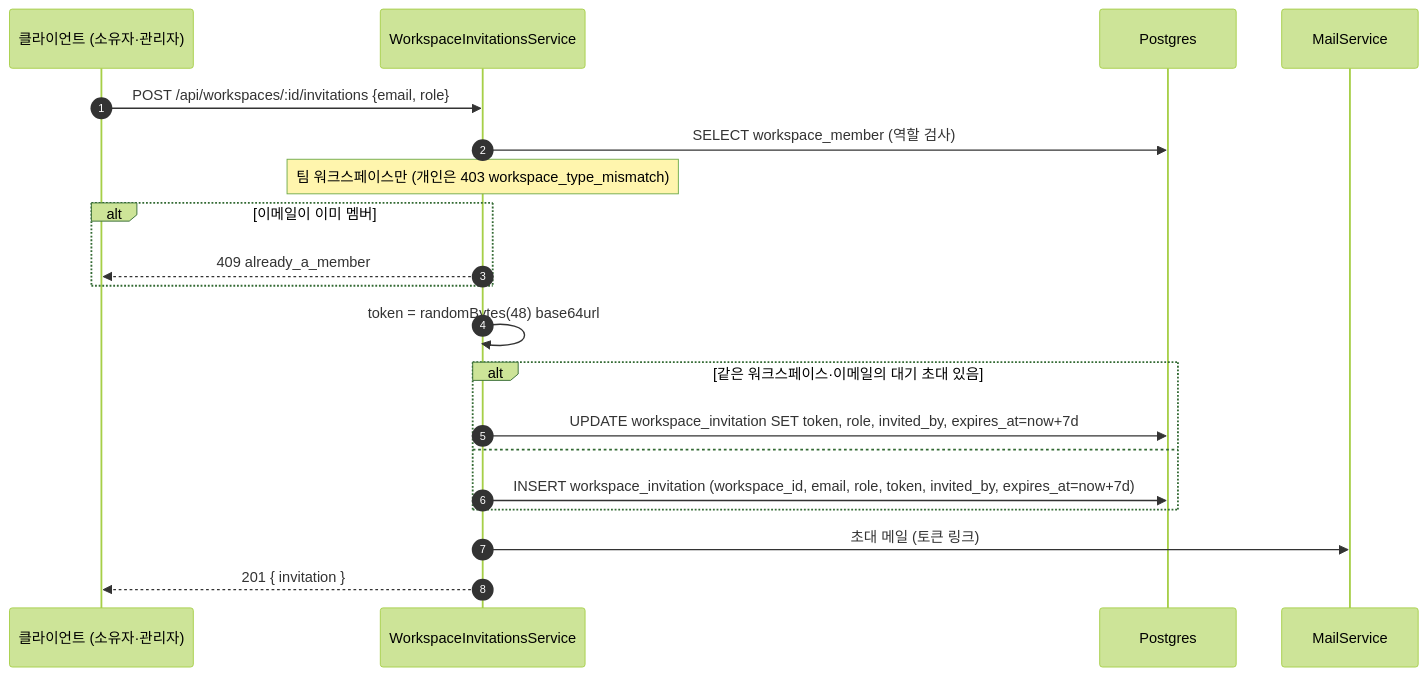
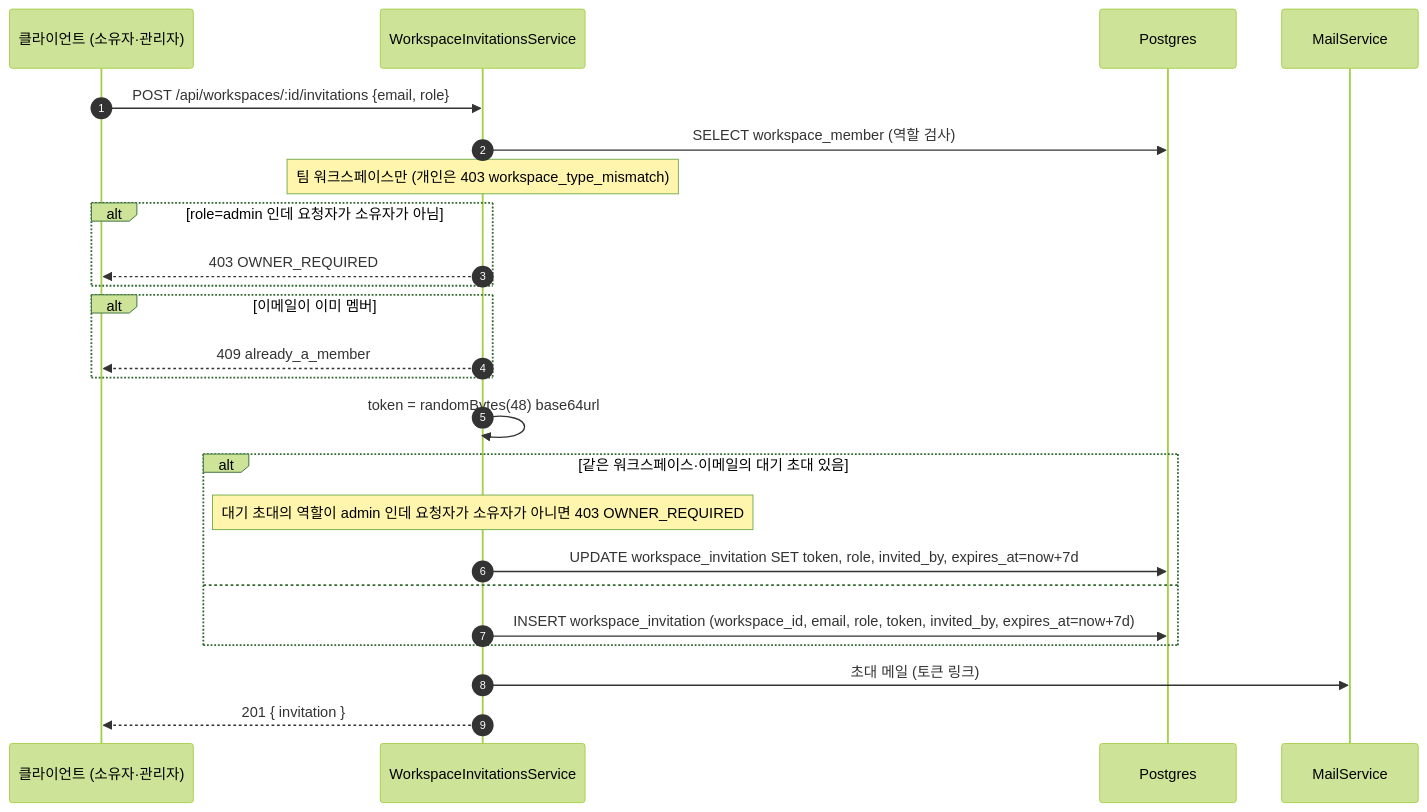
Before and after one commit to worker-ants/clemvion: the eighth of 13 diagrams in spec/CLE-ACCT/CLE-ACCT-DATA.md, drawn with Mermaid (forest theme). The commit also changed other lines of this file and 64 other files, not shown here.

````diff
--- a/spec/CLE-ACCT/CLE-ACCT-DATA.md
+++ b/spec/CLE-ACCT/CLE-ACCT-DATA.md
@@ -408,22 +412,26 @@
 ```mermaid
 sequenceDiagram
   autonumber
   participant C as 클라이언트 (소유자·관리자)
   participant Svc as WorkspaceInvitationsService
   participant PG as Postgres
   participant Mail as MailService
   C->>Svc: POST /api/workspaces/:id/invitations {email, role}
   Svc->>PG: SELECT workspace_member (역할 검사)
   Note over Svc: 팀 워크스페이스만 (개인은 403 workspace_type_mismatch)
+  alt role=admin 인데 요청자가 소유자가 아님
+    Svc-->>C: 403 OWNER_REQUIRED
+  end
   alt 이메일이 이미 멤버
     Svc-->>C: 409 already_a_member
   end
   Svc->>Svc: token = randomBytes(48) base64url
   alt 같은 워크스페이스·이메일의 대기 초대 있음
+    Note over Svc: 대기 초대의 역할이 admin 인데 요청자가 소유자가 아니면 403 OWNER_REQUIRED
     Svc->>PG: UPDATE workspace_invitation SET token, role, invited_by, expires_at=now+7d
   else
     Svc->>PG: INSERT workspace_invitation (workspace_id, email, role, token, invited_by, expires_at=now+7d)
   end
   Svc->>Mail: 초대 메일 (토큰 링크)
   Svc-->>C: 201 { invitation }
 ```
````
